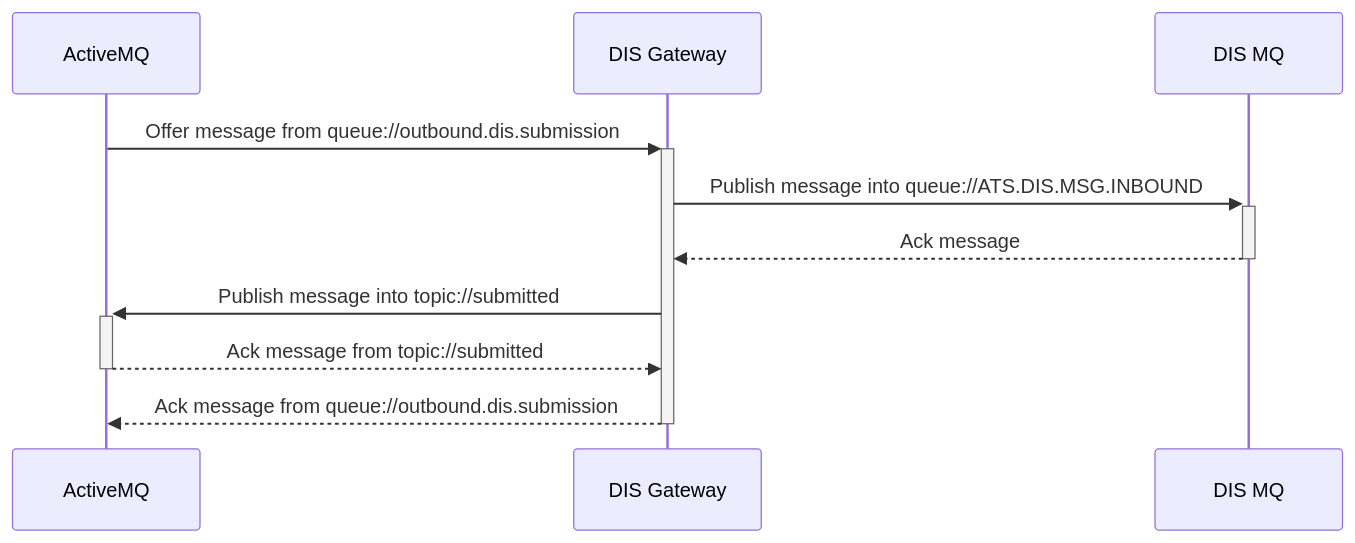
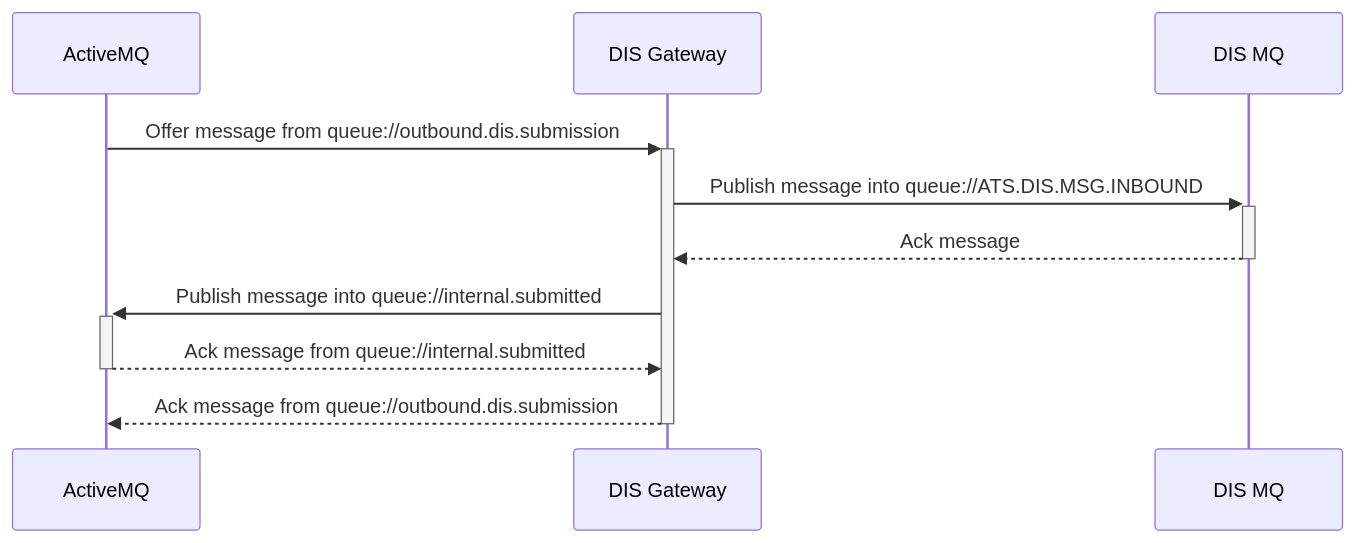
Before and after one commit to as2network/as2ng: the first of 3 diagrams in docs/workflows/dis.md, drawn with Mermaid. The commit also changed 3 other files, not shown here.

````diff
--- a/docs/workflows/dis.md
+++ b/docs/workflows/dis.md
@@ -5,9 +5,9 @@
 ```mermaid
 sequenceDiagram
     ActiveMQ ->>+ DIS Gateway: Offer message from queue://outbound.dis.submission
     DIS Gateway ->>+ DIS MQ: Publish message into queue://ATS.DIS.MSG.INBOUND
     DIS MQ -->>- DIS Gateway: Ack message    
-    DIS Gateway ->>+ ActiveMQ: Publish message into topic://submitted
-    ActiveMQ -->>- DIS Gateway: Ack message from topic://submitted
+    DIS Gateway ->>+ ActiveMQ: Publish message into queue://internal.submitted
+    ActiveMQ -->>- DIS Gateway: Ack message from queue://internal.submitted
     DIS Gateway -->>- ActiveMQ: Ack message from queue://outbound.dis.submission                        
 ```
````
